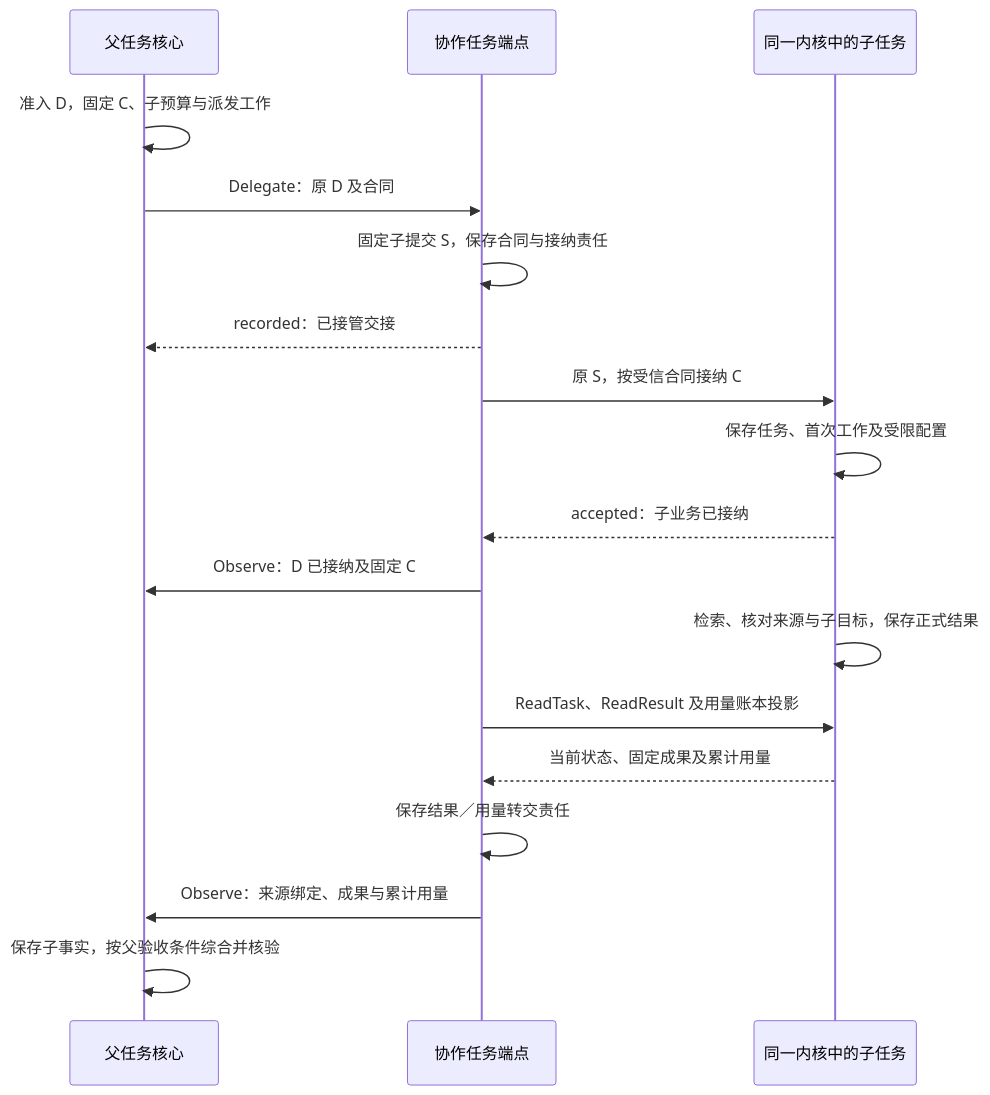
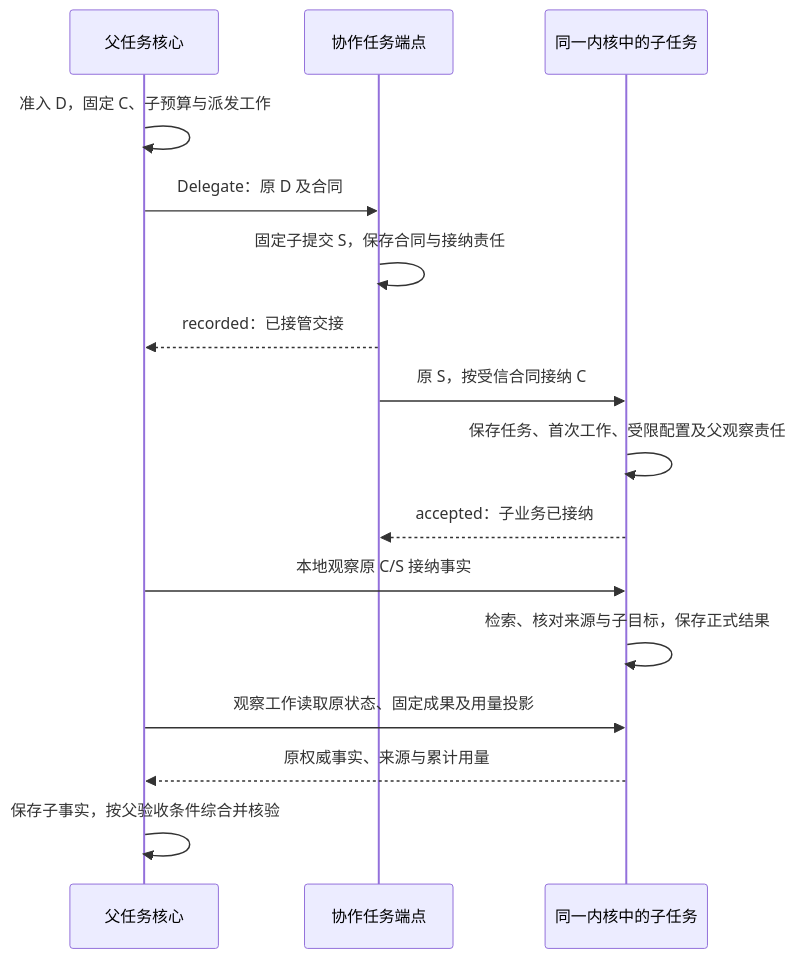
Before and after one commit to ruipengliu/lerna: the second of 2 diagrams in docs/architecture/agent-coordination/README.md, drawn with Mermaid. The commit also changed other lines of this file and 54 other files, not shown here.

Commit message:
docs: refine architecture specifications

````diff
--- a/docs/architecture/agent-coordination/README.md
+++ b/docs/architecture/agent-coordination/README.md
@@ -89,20 +90,18 @@
 ```mermaid
 sequenceDiagram
     participant P as 父任务核心
     participant A as 协作任务端点
     participant C as 同一内核中的子任务
     P->>P: 准入 D，固定 C、子预算与派发工作
     P->>A: Delegate：原 D 及合同
     A->>A: 固定子提交 S，保存合同与接纳责任
     A-->>P: recorded：已接管交接
     A->>C: 原 S，按受信合同接纳 C
-    C->>C: 保存任务、首次工作及受限配置
+    C->>C: 保存任务、首次工作、受限配置及父观察责任
     C-->>A: accepted：子业务已接纳
-    A->>P: Observe：D 已接纳及固定 C
+    P->>C: 本地观察原 C/S 接纳事实
     C->>C: 检索、核对来源与子目标，保存正式结果
-    A->>C: ReadTask、ReadResult 及用量账本投影
-    C-->>A: 当前状态、固定成果及累计用量
-    A->>A: 保存结果／用量转交责任
-    A->>P: Observe：来源绑定、成果与累计用量
+    P->>C: 观察工作读取原状态、固定成果及用量投影
+    C-->>P: 原权威事实、来源与累计用量
     P->>P: 保存子事实，按父验收条件综合并核验
 ```
````
